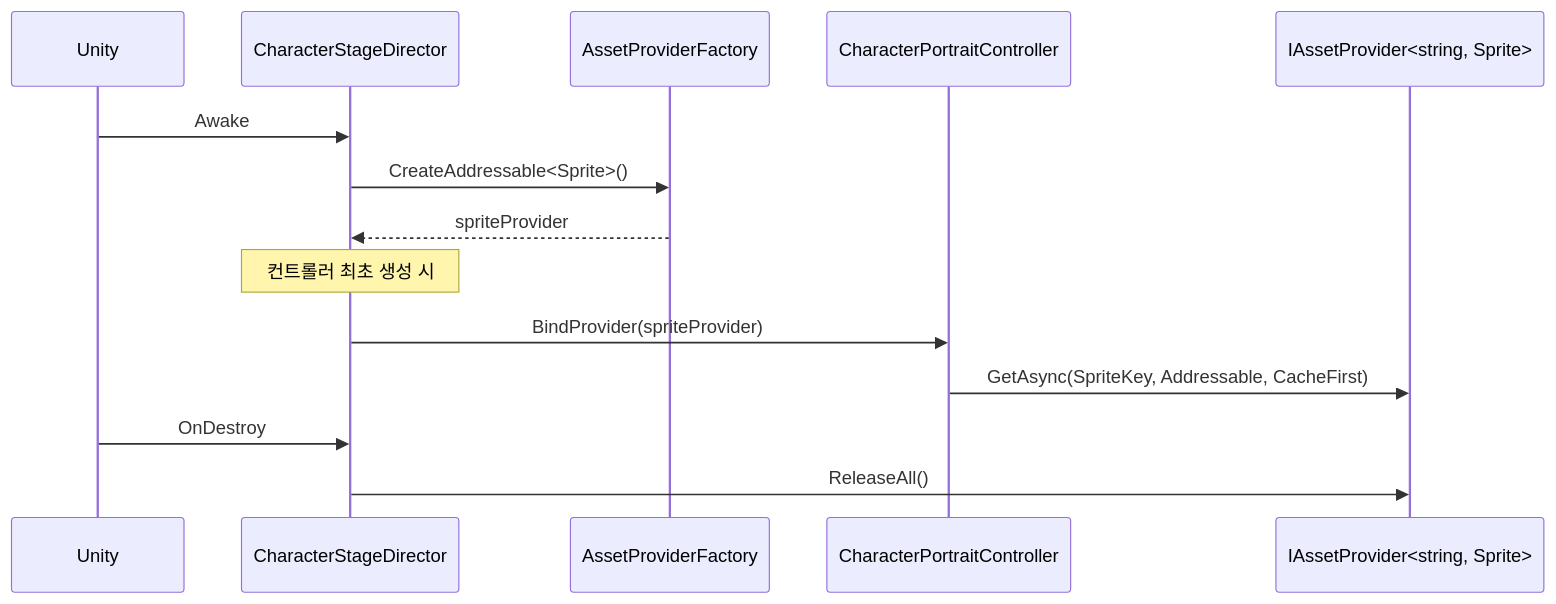
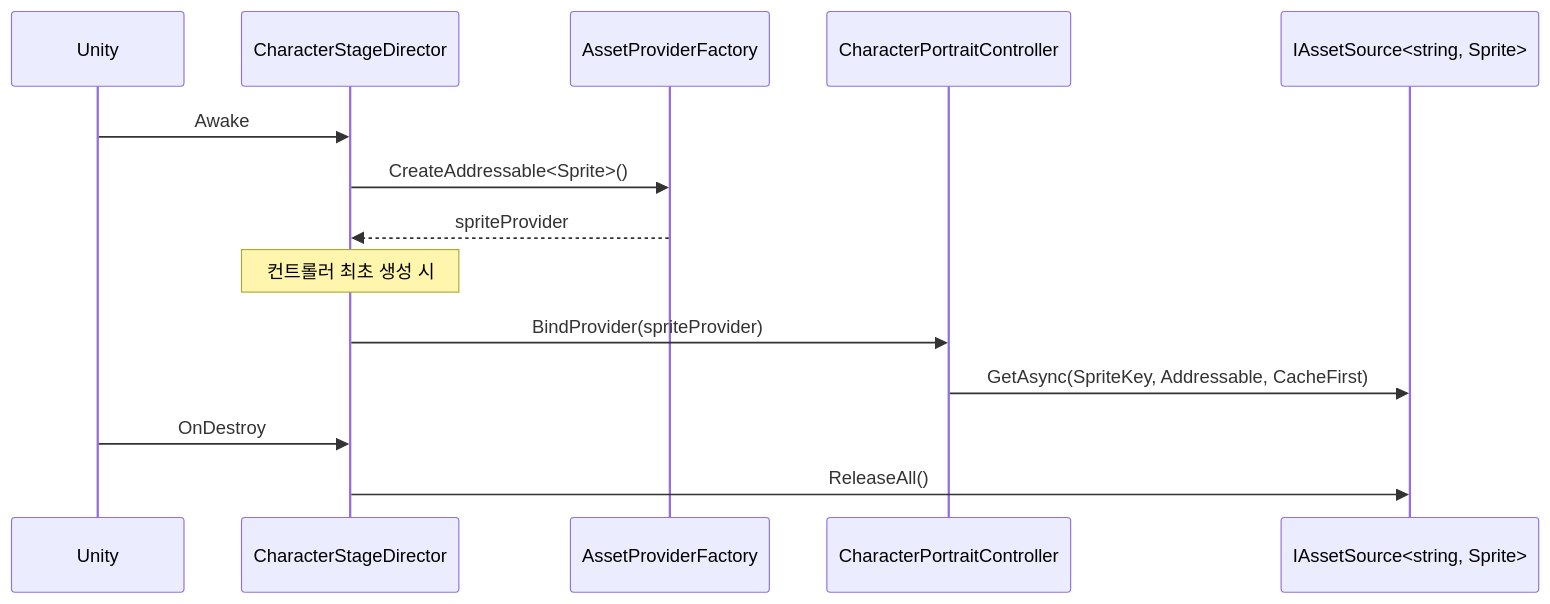
The eighth of 8 diagrams in HDialogue/docs/Portrait.md (HoHong123/HCUP-Unity), drawn with Mermaid before and after one commit. The commit also changed other lines of this file, not shown here.

````diff
--- a/HDialogue/docs/Portrait.md
+++ b/HDialogue/docs/Portrait.md
@@ -431,17 +431,17 @@
 ```mermaid
 sequenceDiagram
     participant U as Unity
     participant SD as CharacterStageDirector
     participant F as AssetProviderFactory
     participant PC as CharacterPortraitController
-    participant AP as IAssetProvider<string, Sprite>
+    participant AP as IAssetSource<string, Sprite>
 
     U->>SD: Awake
     SD->>F: CreateAddressable<Sprite>()
     F-->>SD: spriteProvider
     Note over SD: 컨트롤러 최초 생성 시
     SD->>PC: BindProvider(spriteProvider)
     PC->>AP: GetAsync(SpriteKey, Addressable, CacheFirst)
     U->>SD: OnDestroy
     SD->>AP: ReleaseAll()
 ```
````
